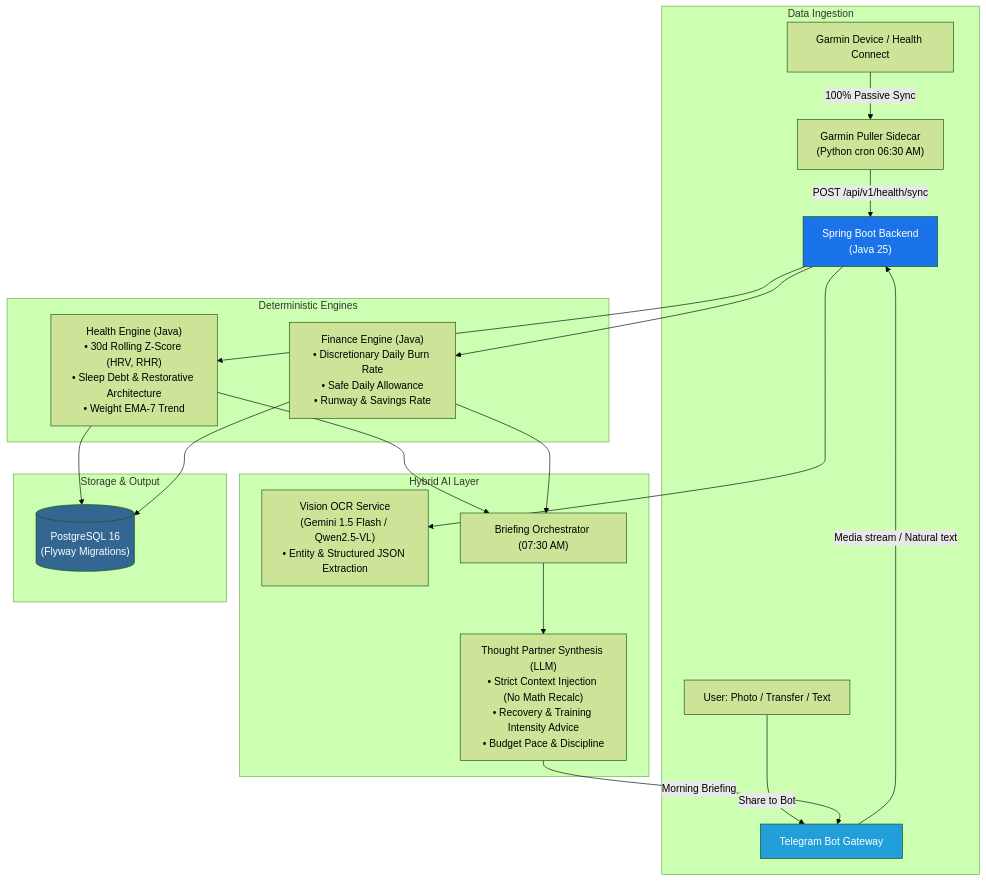
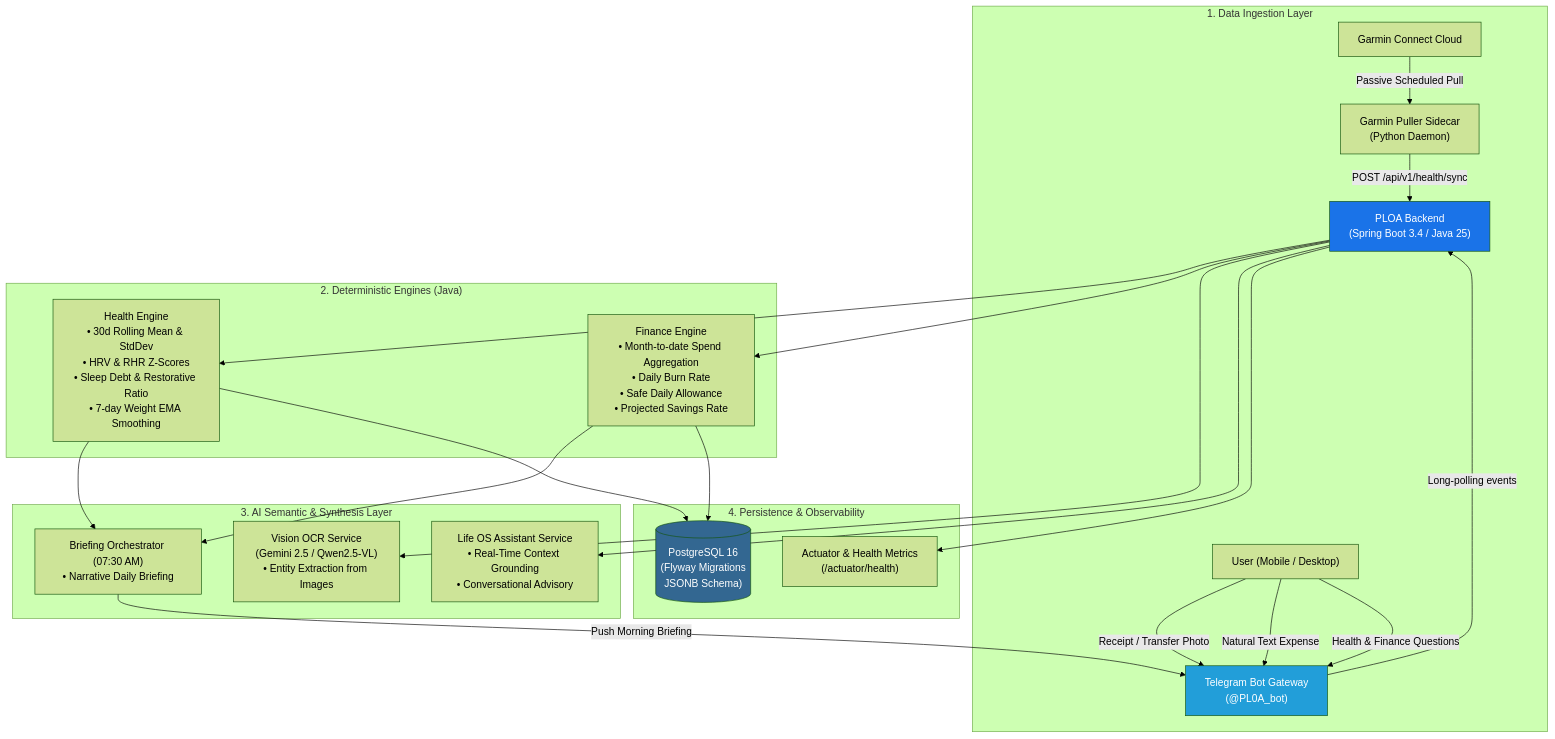
The diagram in README.md (nhth1nh/Personal-Life-OS-Agent), drawn with Mermaid (forest theme) before and after one commit. The commit also changed other lines of this file and 6 other files, not shown here.

````diff
--- a/README.md
+++ b/README.md
@@ -16,32 +18,35 @@
 ```mermaid
 flowchart TD
-    subgraph Data Ingestion
-        A["Garmin Device / Health Connect"] -->|100% Passive Sync| B["Garmin Puller Sidecar\n(Python cron 06:30 AM)"]
-        B -->|POST /api/v1/health/sync| C["Spring Boot Backend\n(Java 25)"]
+    subgraph Ingestion["1. Data Ingestion Layer"]
+        A["Garmin Connect Cloud"] -->|Passive Scheduled Pull| B["Garmin Puller Sidecar\n(Python Daemon)"]
+        B -->|POST /api/v1/health/sync| C["PLOA Backend\n(Spring Boot 3.4 / Java 25)"]
 
-        D["User: Photo / Transfer / Text"] -->|Share to Bot| E["Telegram Bot Gateway"]
-        E -->|Media stream / Natural text| C
+        D["User (Mobile / Desktop)"] -->|Receipt / Transfer Photo| E["Telegram Bot Gateway\n(@PL0A_bot)"]
+        D -->|Natural Text Expense| E
+        D -->|Health & Finance Questions| E
+        E -->|Long-polling events| C
     end
 
-    subgraph Deterministic Engines
-        C --> F["Health Engine (Java)\n• 30d Rolling Z-Score (HRV, RHR)\n• Sleep Debt & Restorative Architecture\n• Weight EMA-7 Trend"]
-        C --> G["Finance Engine (Java)\n• Discretionary Daily Burn Rate\n• Safe Daily Allowance\n• Runway & Savings Rate"]
+    subgraph Engines["2. Deterministic Engines (Java)"]
+        C --> F["Health Engine\n• 30d Rolling Mean & StdDev\n• HRV & RHR Z-Scores\n• Sleep Debt & Restorative Ratio\n• 7-day Weight EMA Smoothing"]
+        C --> G["Finance Engine\n• Month-to-date Spend Aggregation\n• Daily Burn Rate\n• Safe Daily Allowance\n• Projected Savings Rate"]
     end
 
-    subgraph Hybrid AI Layer
-        C --> H["Vision OCR Service\n(Gemini 1.5 Flash / Qwen2.5-VL)\n• Entity & Structured JSON Extraction"]
-        F --> I["Briefing Orchestrator (07:30 AM)"]
-        G --> I
-        I --> J["Thought Partner Synthesis (LLM)\n• Strict Context Injection (No Math Recalc)\n• Recovery & Training Intensity Advice\n• Budget Pace & Discipline"]
+    subgraph AI["3. AI Semantic & Synthesis Layer"]
+        C --> H["Vision OCR Service\n(Gemini 2.5 / Qwen2.5-VL)\n• Entity Extraction from Images"]
+        C --> I["Life OS Assistant Service\n• Real-Time Context Grounding\n• Conversational Advisory"]
+        F --> J["Briefing Orchestrator (07:30 AM)\n• Narrative Daily Briefing"]
+        G --> J
+        J -->|Push Morning Briefing| E
     end
 
-    subgraph Storage & Output
-        F --> K[("PostgreSQL 16\n(Flyway Migrations)")]
+    subgraph Storage["4. Persistence & Observability"]
+        F --> K[("PostgreSQL 16\n(Flyway Migrations\nJSONB Schema)")]
         G --> K
-        J -->|Morning Briefing| E
+        C --> L["Actuator & Health Metrics\n(/actuator/health)"]
     end
 
     style C fill:#1a73e8,color:#fff
     style K fill:#336791,color:#fff
     style E fill:#229ED9,color:#fff
 ```
````
